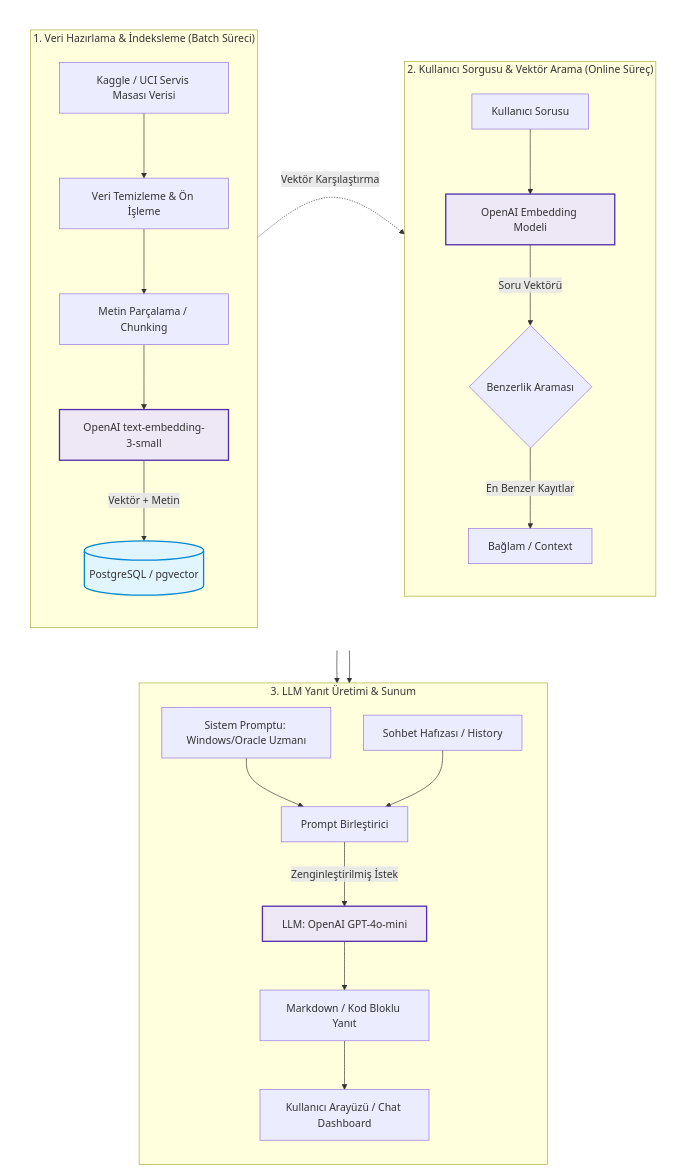
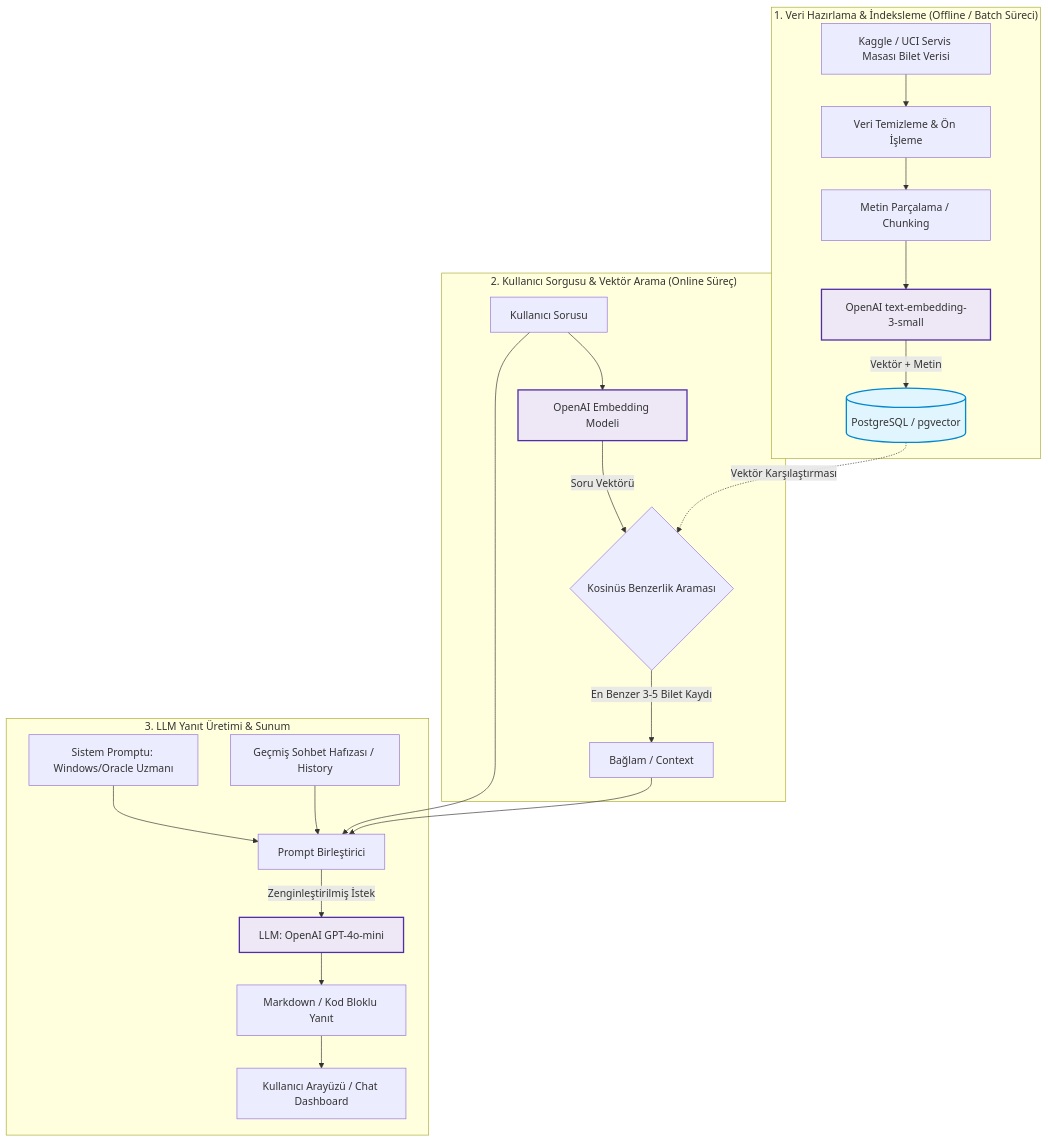
The second of 2 diagrams in README.md (bayramogluhavvanur/Akilli-Servis-Masasi-Chatbot), drawn with Mermaid before and after one commit. The commit also changed other lines of this file, not shown here.

````diff
--- a/README.md
+++ b/README.md
@@ -56,52 +57,37 @@
 ```mermaid
-flowchart TB
-    %% 1. ve 2. Süreçleri İçeren Üst Katman
-    subgraph TOP_ROW [" "]
-        direction LR
-
-        %% 1. Süreç: Veri Hazırlama & İndeksleme
-        subgraph INDEXING ["1. Veri Hazırlama & İndeksleme (Batch Süreci)"]
-            direction TB
-            A[Kaggle / UCI Servis Masası Verisi] --> B[Veri Temizleme & Ön İşleme]
-            B --> C[Metin Parçalama / Chunking]
-            C --> D[OpenAI text-embedding-3-small]
-            D -->|Vektör + Metin| E[(PostgreSQL / pgvector)]
-        end
-
-        %% İki kutunun yan yana durmasını zorlayan görünmez bağ
-        INDEXING ~~~ QUERY
-
-        %% 2. Süreç: Soru & Arama
-        subgraph QUERY ["2. Kullanıcı Sorgusu & Vektör Arama (Online Süreç)"]
-            direction TB
-            U[Kullanıcı Sorusu] --> F[OpenAI Embedding Modeli]
-            F -->|Soru Vektörü| G{Benzerlik Araması}
-            G -->|En Benzer Kayıtlar| H[Bağlam / Context]
-        end
+flowchart TD
+    %% Alt Süreç 1: Veri Hazırlama ve İndeksleme
+    subgraph INDEXING["1. Veri Hazırlama & İndeksleme (Offline / Batch Süreci)"]
+        A[Kaggle / UCI Servis Masası Bilet Verisi] --> B[Veri Temizleme & Ön İşleme]
+        B --> C[Metin Parçalama / Chunking]
+        C --> D[OpenAI text-embedding-3-small]
+        D -->|Vektör + Metin| E[(PostgreSQL / pgvector)]
     end
 
-    %% Veritabanı ve Benzerlik Araması Bağlantısı
-    E -.->|Vektör Karşılaştırma| G
+    %% Alt Süreç 2: Canlı Soru ve Arama Süreci
+    subgraph QUERY["2. Kullanıcı Sorgusu & Vektör Arama (Online Süreç)"]
+        U[Kullanıcı Sorusu] --> F[OpenAI Embedding Modeli]
+        F -->|Soru Vektörü| G{Kosinüs Benzerlik Araması}
+        E -.->|Vektör Karşılaştırması| G
+        G -->|En Benzer 3-5 Bilet Kaydı| H[Bağlam / Context]
+    end
 
-    %% 3. Süreç: Yanıt Üretimi (Alt Katman)
-    subgraph GENERATION ["3. LLM Yanıt Üretimi & Sunum"]
-        direction TB
+    %% Alt Süreç 3: Yanıt Üretimi ve Çıktı
+    subgraph GENERATION["3. LLM Yanıt Üretimi & Sunum"]
         SP[Sistem Promptu: Windows/Oracle Uzmanı] --> I[Prompt Birleştirici]
-        CH[Sohbet Hafızası / History] --> I
+        H --> I
+        U --> I
+        CH[Geçmiş Sohbet Hafızası / History] --> I
         I -->|Zenginleştirilmiş İstek| J[LLM: OpenAI GPT-4o-mini]
         J --> K[Markdown / Kod Bloklu Yanıt]
         K --> L[Kullanıcı Arayüzü / Chat Dashboard]
     end
 
-    %% Üst Katmandan Alt Katmana Akışlar
-    H --> I
-    U --> I
-
     %% Stiller
-    style TOP_ROW fill:none,stroke:none
+    classDef process fill:#f9f9f9,stroke:#333,stroke-width:1px;
     classDef db fill:#e1f5fe,stroke:#0288d1,stroke-width:2px;
     classDef llm fill:#ede7f6,stroke:#512da8,stroke-width:2px;
-
+    
     class E db;
     class D,F,J llm;
 ```
````
